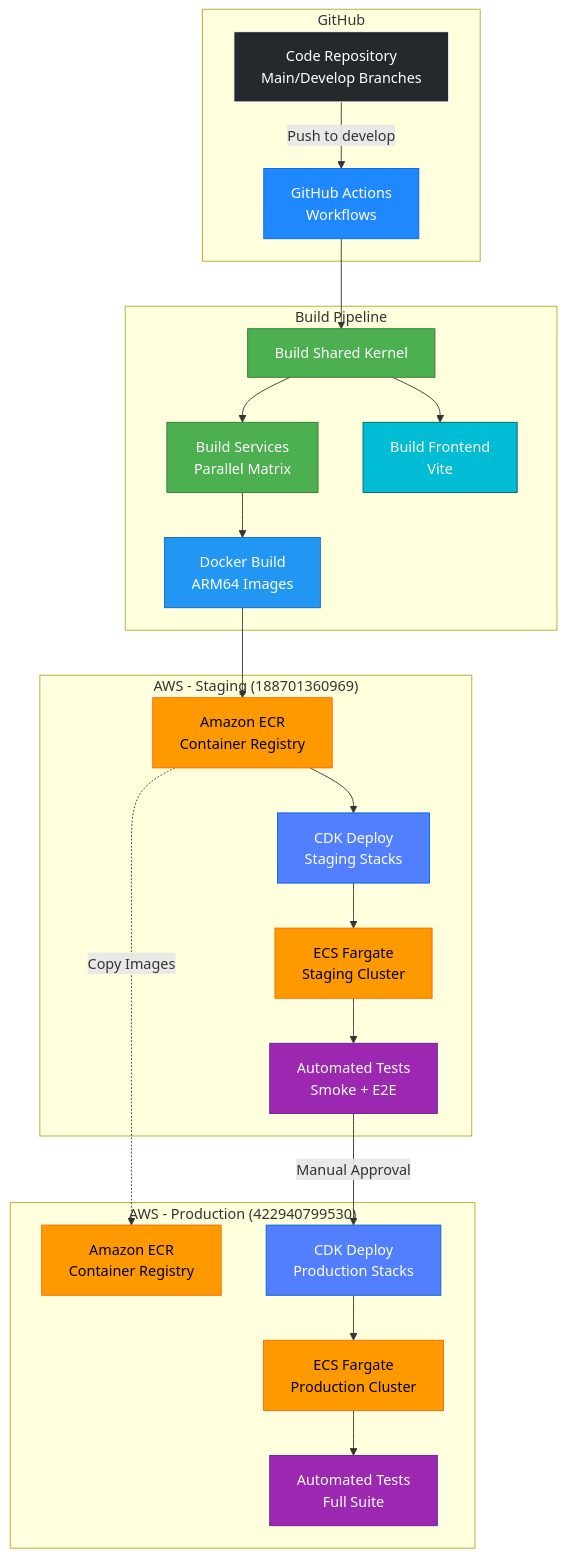
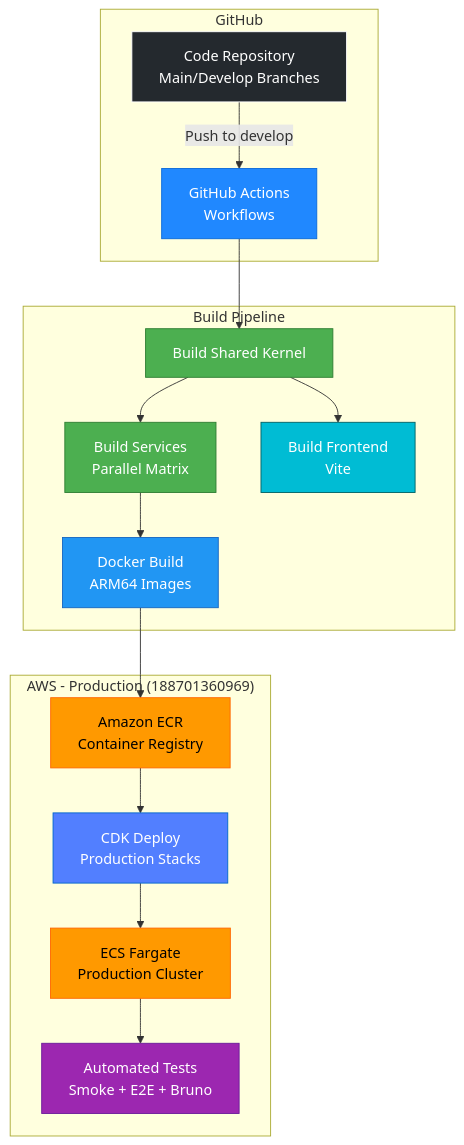
The eighth of 10 diagrams in docs/architecture/02-infrastructure-deployment.md (nissimbuchs/BATbern2), drawn with Mermaid before and after one commit. The commit also changed other lines of this file and 38 other files, not shown here.

First line of the commit message:
fix(infra): promote staging account to production with isProduction flag pattern

````diff
--- a/docs/architecture/02-infrastructure-deployment.md
+++ b/docs/architecture/02-infrastructure-deployment.md
@@ -1001,59 +988,43 @@
 ```mermaid
 graph TB
     subgraph "GitHub"
         GH_CODE[Code Repository<br/>Main/Develop Branches]
         GH_ACTIONS[GitHub Actions<br/>Workflows]
     end
 
     subgraph "Build Pipeline"
         BUILD_SK[Build Shared Kernel]
         BUILD_SVC[Build Services<br/>Parallel Matrix]
         BUILD_FE[Build Frontend<br/>Vite]
         BUILD_DOCKER[Docker Build<br/>ARM64 Images]
     end
 
-    subgraph "AWS - Staging (188701360969)"
-        ECR_STG[Amazon ECR<br/>Container Registry]
-        CDK_STG[CDK Deploy<br/>Staging Stacks]
-        ECS_STG[ECS Fargate<br/>Staging Cluster]
-        TEST_STG[Automated Tests<br/>Smoke + E2E]
-    end
-
-    subgraph "AWS - Production (422940799530)"
-        ECR_PROD[Amazon ECR<br/>Container Registry]
-        CDK_PROD[CDK Deploy<br/>Production Stacks]
-        ECS_PROD[ECS Fargate<br/>Production Cluster]
-        TEST_PROD[Automated Tests<br/>Full Suite]
+    subgraph "AWS - Production (188701360969)"
+        ECR[Amazon ECR<br/>Container Registry]
+        CDK[CDK Deploy<br/>Production Stacks]
+        ECS[ECS Fargate<br/>Production Cluster]
+        TESTS[Automated Tests<br/>Smoke + E2E + Bruno]
     end
 
     GH_CODE -->|Push to develop| GH_ACTIONS
     GH_ACTIONS --> BUILD_SK
     BUILD_SK --> BUILD_SVC
     BUILD_SK --> BUILD_FE
     BUILD_SVC --> BUILD_DOCKER
-    BUILD_DOCKER --> ECR_STG
+    BUILD_DOCKER --> ECR
 
-    ECR_STG --> CDK_STG
-    CDK_STG --> ECS_STG
-    ECS_STG --> TEST_STG
-
-    TEST_STG -->|Manual Approval| CDK_PROD
-    ECR_STG -.Copy Images.-> ECR_PROD
-    CDK_PROD --> ECS_PROD
-    ECS_PROD --> TEST_PROD
+    ECR --> CDK
+    CDK --> ECS
+    ECS --> TESTS
 
     style GH_CODE fill:#24292E,stroke:#fff,color:#fff
     style GH_ACTIONS fill:#2088FF,stroke:#0969DA,color:#fff
     style BUILD_SK fill:#4CAF50,stroke:#2E7D32,color:#fff
     style BUILD_SVC fill:#4CAF50,stroke:#2E7D32,color:#fff
     style BUILD_FE fill:#00BCD4,stroke:#006064,color:#fff
     style BUILD_DOCKER fill:#2196F3,stroke:#1565C0,color:#fff
-    style ECR_STG fill:#FF9900,stroke:#FF6600,color:#000
-    style CDK_STG fill:#527FFF,stroke:#0066CC,color:#fff
-    style ECS_STG fill:#FF9900,stroke:#FF6600,color:#000
-    style TEST_STG fill:#9C27B0,stroke:#6A1B9A,color:#fff
-    style ECR_PROD fill:#FF9900,stroke:#FF6600,color:#000
-    style CDK_PROD fill:#527FFF,stroke:#0066CC,color:#fff
-    style ECS_PROD fill:#FF9900,stroke:#FF6600,color:#000
-    style TEST_PROD fill:#9C27B0,stroke:#6A1B9A,color:#fff
+    style ECR fill:#FF9900,stroke:#FF6600,color:#000
+    style CDK fill:#527FFF,stroke:#0066CC,color:#fff
+    style ECS fill:#FF9900,stroke:#FF6600,color:#000
+    style TESTS fill:#9C27B0,stroke:#6A1B9A,color:#fff
 ```
````
